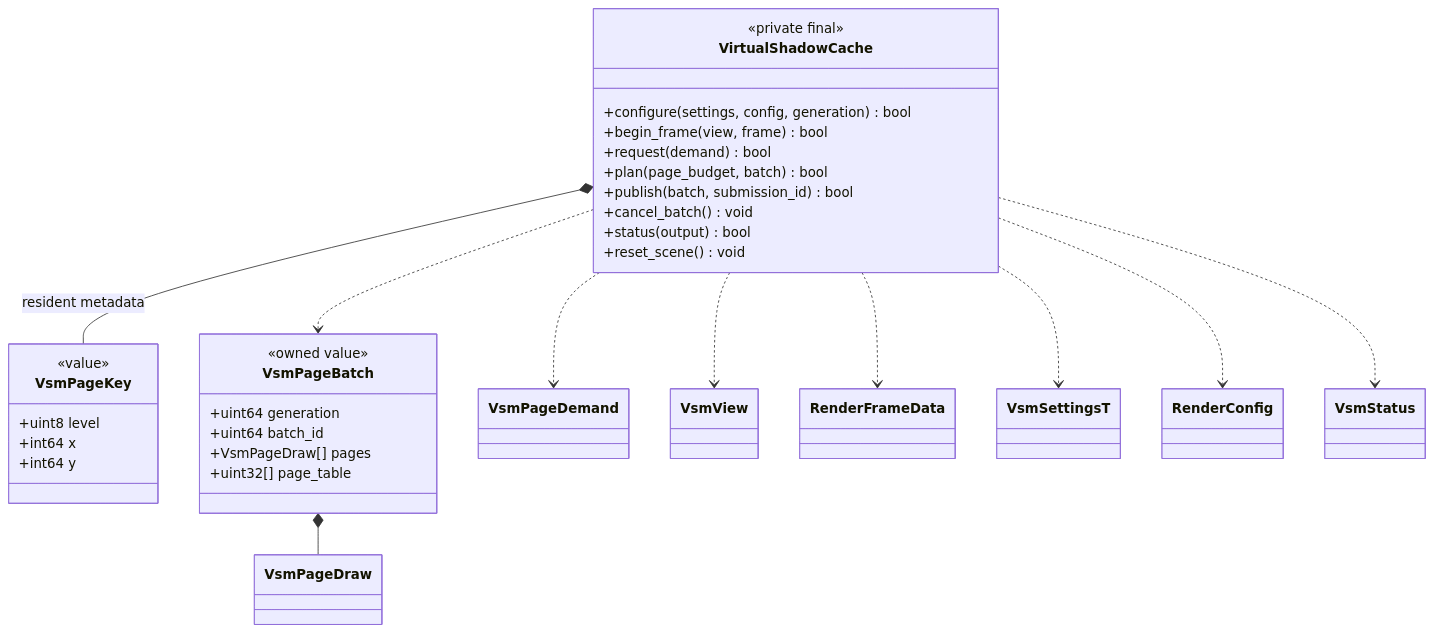
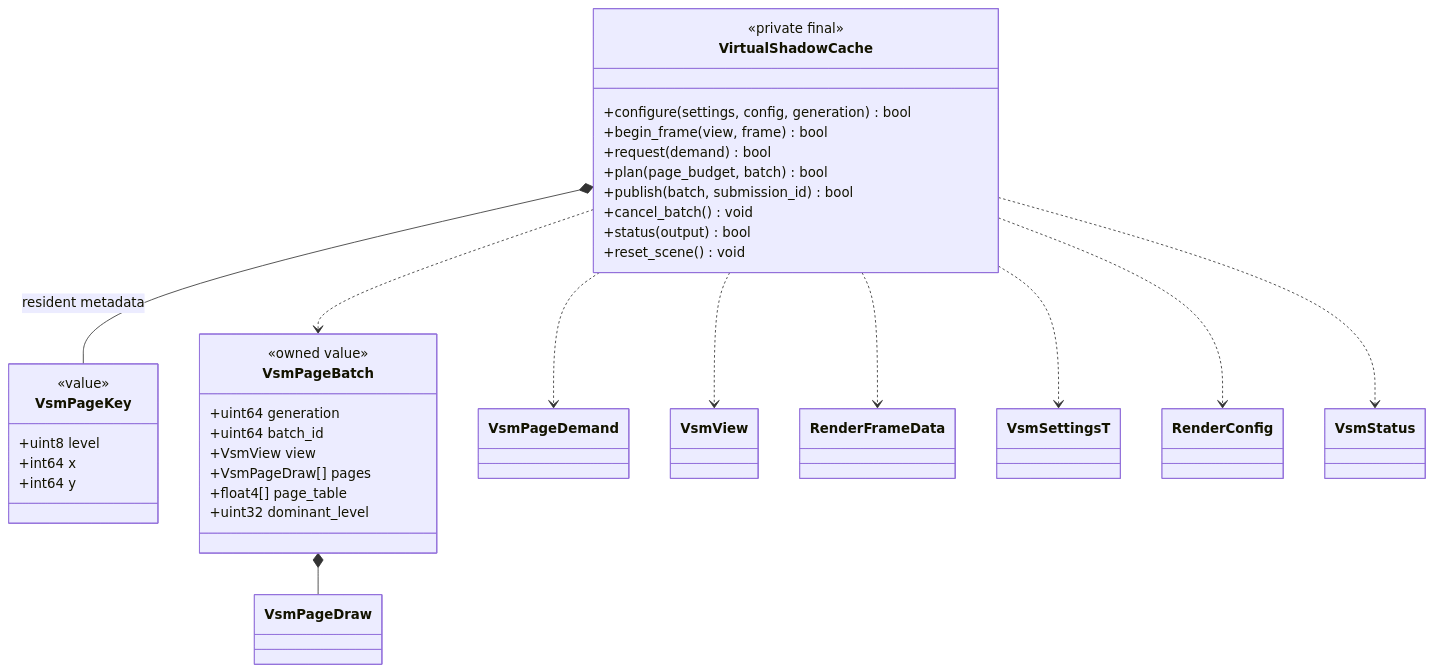
The third of 5 diagrams in docs/runtime/class-diagrams/virtual-shadow-maps.md (lcgamedevelop/Engine), drawn with Mermaid before and after one commit. The commit also changed other lines of this file and 94 other files, not shown here.

````diff
--- a/docs/runtime/class-diagrams/virtual-shadow-maps.md
+++ b/docs/runtime/class-diagrams/virtual-shadow-maps.md
@@ -171,44 +171,46 @@
 ```mermaid
 classDiagram
 direction TB
 class VirtualShadowCache {
     <<private final>>
     +configure(settings, config, generation) bool
     +begin_frame(view, frame) bool
     +request(demand) bool
     +plan(page_budget, batch) bool
     +publish(batch, submission_id) bool
     +cancel_batch() void
     +status(output) bool
     +reset_scene() void
 }
 class VsmPageKey {
     <<value>>
     +uint8 level
     +int64 x
     +int64 y
 }
 class VsmPageBatch {
     <<owned value>>
     +uint64 generation
     +uint64 batch_id
+    +VsmView view
     +VsmPageDraw[] pages
-    +uint32[] page_table
+    +float4[] page_table
+    +uint32 dominant_level
 }
 class VsmPageDemand
 class VsmView
 class RenderFrameData
 class VsmSettingsT
 class RenderConfig
 class VsmStatus
 class VsmPageDraw
 VirtualShadowCache *-- VsmPageKey : resident metadata
 VirtualShadowCache ..> VsmView
 VirtualShadowCache ..> RenderFrameData
 VirtualShadowCache ..> VsmPageDemand
 VirtualShadowCache ..> VsmSettingsT
 VirtualShadowCache ..> RenderConfig
 VirtualShadowCache ..> VsmPageBatch
 VirtualShadowCache ..> VsmStatus
 VsmPageBatch *-- VsmPageDraw
 ```
````
